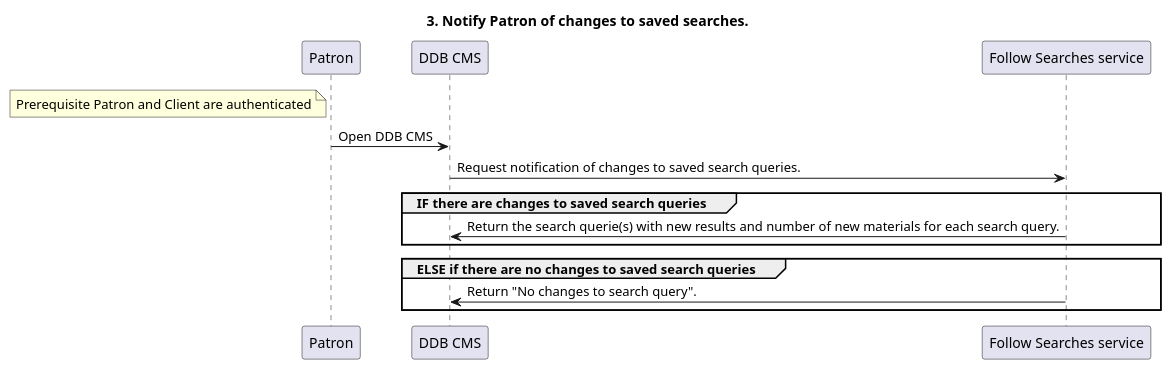
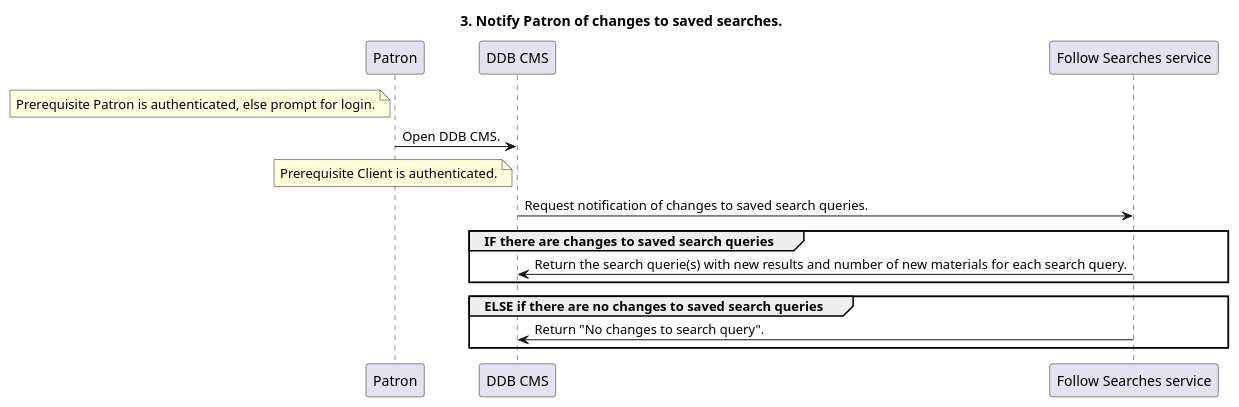
Before and after one commit to rolfmadsen/rolfmadsen.github.com: the third of 4 diagrams in plantuml/diagrams_openlist_follow-searches.puml, drawn with PlantUML. The commit also changed other lines of this file, not shown here.

Commit message:
Simplify flow for authentication of Patron and Client.

```diff
--- a/plantuml/diagrams_openlist_follow-searches.puml
+++ b/plantuml/diagrams_openlist_follow-searches.puml
@@ -51,17 +43,19 @@
 @startuml
 
     Title: 3. Notify Patron of changes to saved searches.
         
-        Note left of Patron: Prerequisite Patron and Client are authenticated
-        "Patron"->"DDB CMS": Open DDB CMS
+        Note left of Patron: Prerequisite Patron is authenticated, else prompt for login.
+        "Patron"->"DDB CMS": Open DDB CMS.
+
+        Note left of "DDB CMS": Prerequisite Client is authenticated.
         "DDB CMS"->"Follow Searches service": Request notification of changes to saved search queries.
         
         group IF there are changes to saved search queries
             "Follow Searches service"->"DDB CMS": Return the search querie(s) with new results and number of new materials for each search query.
         end
 
         group ELSE if there are no changes to saved search queries 
             "Follow Searches service"->"DDB CMS": Return "No changes to search query".
         end
 
 @enduml
```
